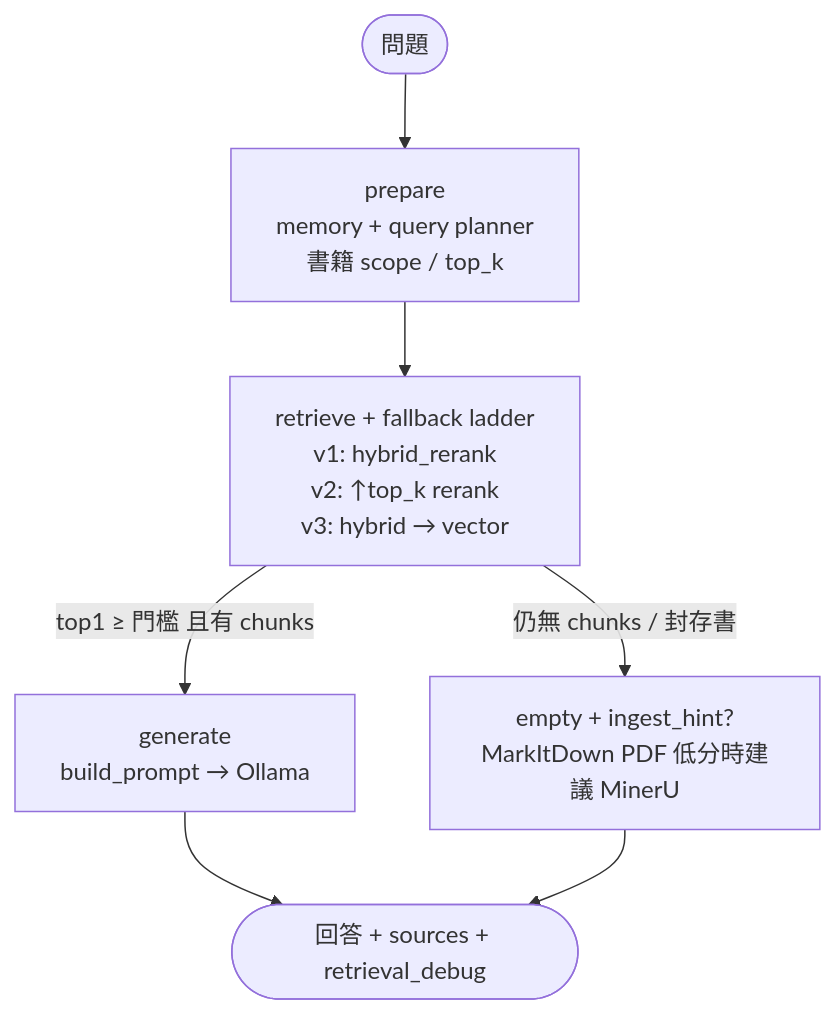
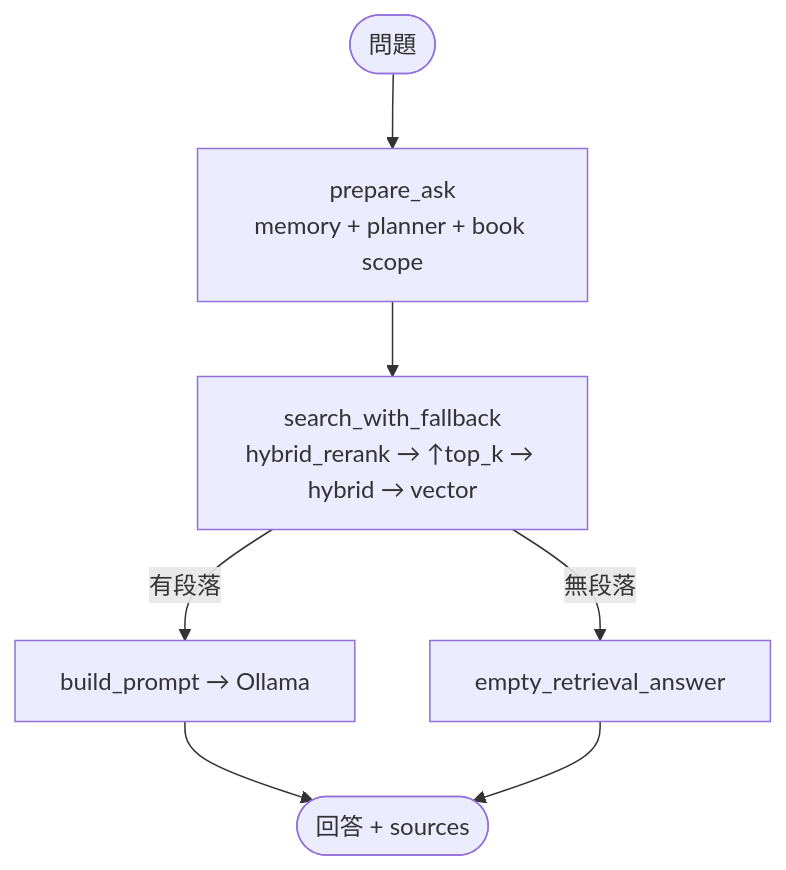
One commit to yu2C/book-spirit changed the second of 2 diagrams in ARCHITECTURE.md. Above: the diagram before and after it, drawn with Mermaid. The commit also changed other lines of this file and 31 other files, not shown here.

First line of the commit message:
refactor: update architecture and documentation for clarity and consistency

````diff
--- a/ARCHITECTURE.md
+++ b/ARCHITECTURE.md
@@ -59,13 +46,13 @@
 ```mermaid
 flowchart TD
     Start([問題]) --> prepare
-    prepare["prepare\nmemory + query planner\n書籍 scope / top_k"]
+    prepare["prepare_ask\nmemory + planner + book scope"]
     prepare --> retrieve
-    retrieve["retrieve + fallback ladder\nv1: hybrid_rerank\nv2: ↑top_k rerank\nv3: hybrid → vector"]
-    retrieve -->|top1 ≥ 門檻 且有 chunks| generate
-    retrieve -->|仍無 chunks / 封存書| empty
-    generate["generate\nbuild_prompt → Ollama"]
-    empty["empty + ingest_hint?\nMarkItDown PDF 低分時建議 MinerU"]
-    generate --> End([回答 + sources + retrieval_debug])
+    retrieve["search_with_fallback\nhybrid_rerank → ↑top_k → hybrid → vector"]
+    retrieve -->|有段落| generate
+    retrieve -->|無段落| empty
+    generate["build_prompt → Ollama"]
+    empty[empty_retrieval_answer]
+    generate --> End([回答 + sources])
     empty --> End
 ```
````
